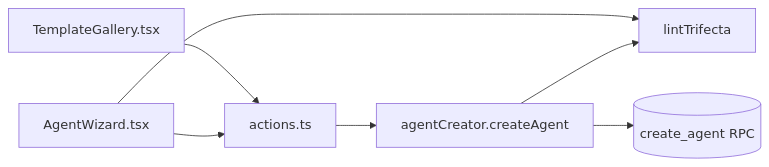
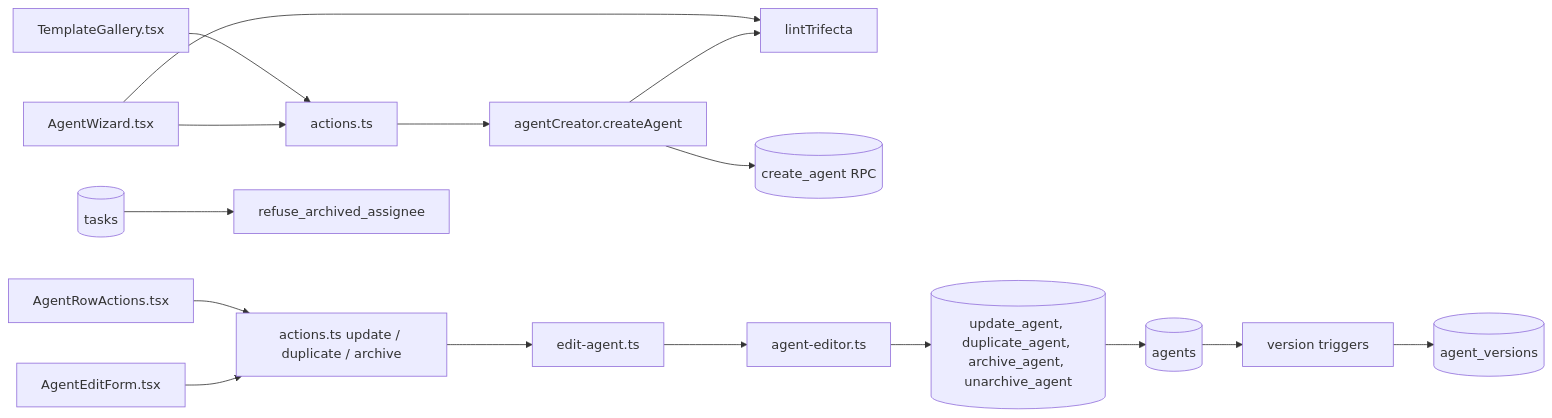
The diagram in docs/features/agents.md (CodeEx24/ai-agent-office), drawn with Mermaid before and after one commit. The commit also changed other lines of this file and 31 other files, not shown here.

First line of the commit message:
feat(agents): edit, duplicate and archive agents (AGO-89) (#61)

````diff
--- a/docs/features/agents.md
+++ b/docs/features/agents.md
@@ -15,9 +19,17 @@
 ```mermaid
 flowchart LR
   Wizard[AgentWizard.tsx] --> Action[actions.ts]
   Gallery[TemplateGallery.tsx] --> Action
   Action --> Creator[agentCreator.createAgent]
   Creator --> Lint[lintTrifecta]
   Creator --> RPC[(create_agent RPC)]
   Wizard --> Lint
+  EditForm[AgentEditForm.tsx] --> EditAct[actions.ts update / duplicate / archive]
+  RowActions[AgentRowActions.tsx] --> EditAct
+  EditAct --> EditLogic[edit-agent.ts]
+  EditLogic --> Editor[agent-editor.ts]
+  Editor --> EditRPC[(update_agent, duplicate_agent, archive_agent, unarchive_agent)]
+  EditRPC --> Agents[(agents)]
+  Agents --> Trig[version triggers] --> Versions[(agent_versions)]
+  Tasks[(tasks)] --> Guard[refuse_archived_assignee]
 ```
````
